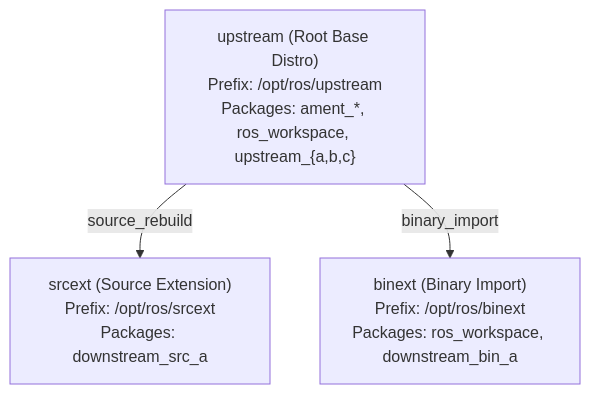
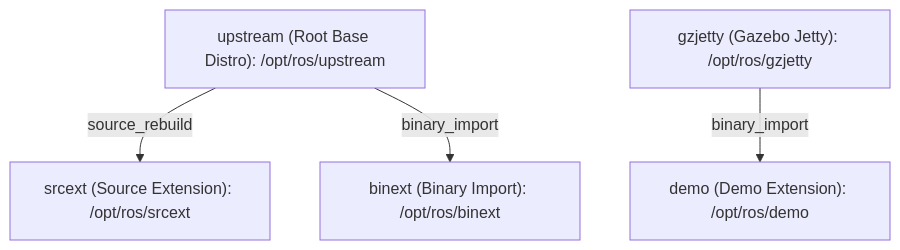
One commit to KmoM88/rep159-testing changed the first of 2 diagrams in README.md. Above: the diagram before and after it, drawn with Mermaid. The commit also changed other lines of this file and 15 other files, not shown here.

Commit message:
Consolidate Stage 1-6 docs in roadmap/ with Mermaid core vs testbed diagrams, update rollout/PR plans, and sync Gist

````diff
--- a/README.md
+++ b/README.md
@@ -52,9 +58,6 @@
 ```mermaid
-graph TD
-    U["upstream (Root Base Distro)<br>Prefix: /opt/ros/upstream<br>Packages: ament_*, ros_workspace, upstream_{a,b,c}"]
-    S["srcext (Source Extension)<br>Prefix: /opt/ros/srcext<br>Packages: downstream_src_a"]
-    B["binext (Binary Import)<br>Prefix: /opt/ros/binext<br>Packages: ros_workspace, downstream_bin_a"]
-
-    U -->|source_rebuild| S
-    U -->|binary_import| B
+flowchart TD
+    U["upstream (Root Base Distro): /opt/ros/upstream"] -->|source_rebuild| S["srcext (Source Extension): /opt/ros/srcext"]
+    U -->|binary_import| B["binext (Binary Import): /opt/ros/binext"]
+    GJ["gzjetty (Gazebo Jetty): /opt/ros/gzjetty"] -->|binary_import| D["demo (Demo Extension): /opt/ros/demo"]
 ```
````
